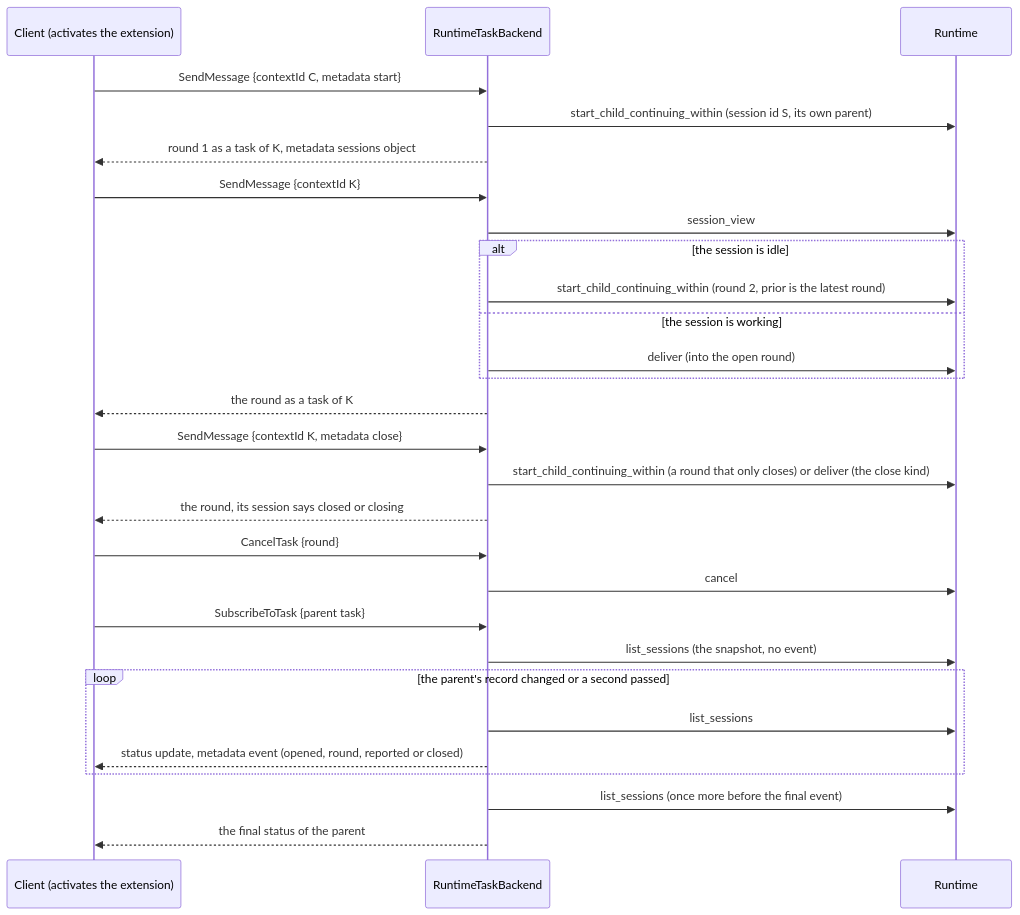
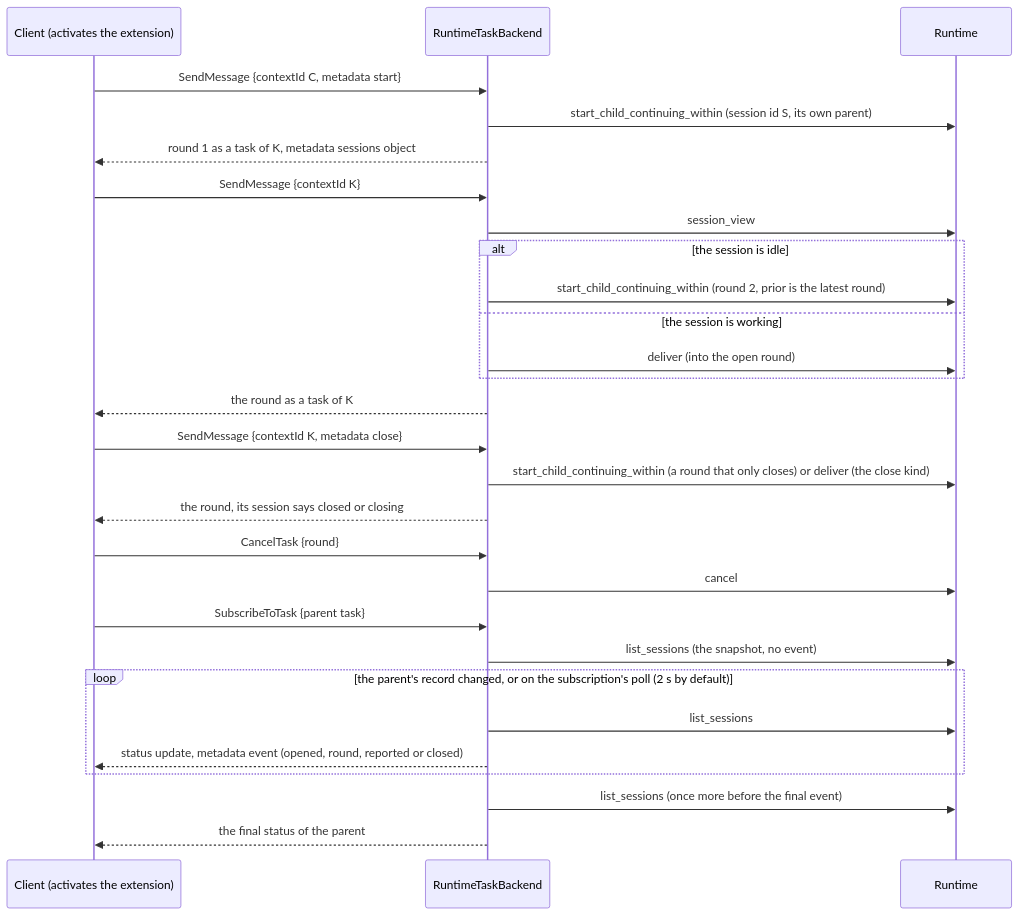
One commit to vymalo/another-adam-rs changed the fourth of 10 diagrams in docs/reference/a2a-server.md. Above: the diagram before and after it, drawn with Mermaid. The commit also changed 8 other files, not shown here.

````diff
--- a/docs/reference/a2a-server.md
+++ b/docs/reference/a2a-server.md
@@ -290,30 +290,30 @@
 ```mermaid
 sequenceDiagram
   participant C as Client (activates the extension)
   participant B as RuntimeTaskBackend
   participant R as Runtime
   C->>B: SendMessage {contextId C, metadata start}
   B->>R: start_child_continuing_within (session id S, its own parent)
   B-->>C: round 1 as a task of K, metadata sessions object
   C->>B: SendMessage {contextId K}
   B->>R: session_view
   alt the session is idle
     B->>R: start_child_continuing_within (round 2, prior is the latest round)
   else the session is working
     B->>R: deliver (into the open round)
   end
   B-->>C: the round as a task of K
   C->>B: SendMessage {contextId K, metadata close}
   B->>R: start_child_continuing_within (a round that only closes) or deliver (the close kind)
   B-->>C: the round, its session says closed or closing
   C->>B: CancelTask {round}
   B->>R: cancel
   C->>B: SubscribeToTask {parent task}
   B->>R: list_sessions (the snapshot, no event)
-  loop the parent's record changed or a second passed
+  loop the parent's record changed, or on the subscription's poll (2 s by default)
     B->>R: list_sessions
     B-->>C: status update, metadata event (opened, round, reported or closed)
   end
   B->>R: list_sessions (once more before the final event)
   B-->>C: the final status of the parent
 ```
````
